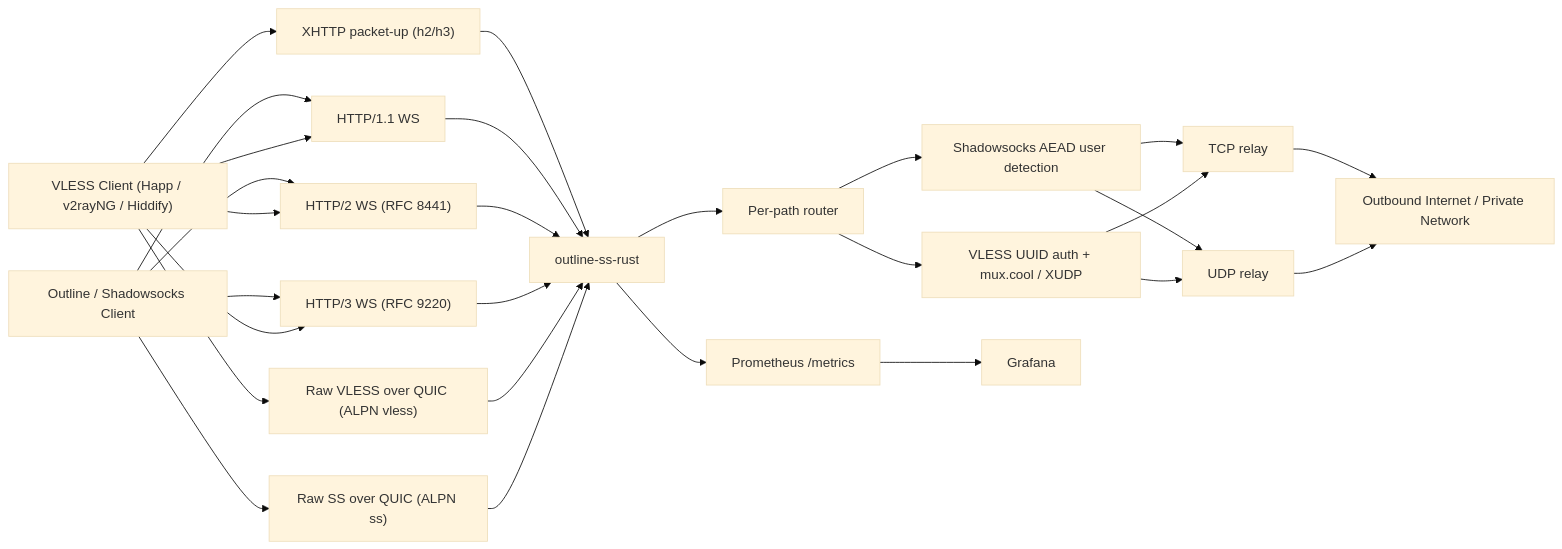
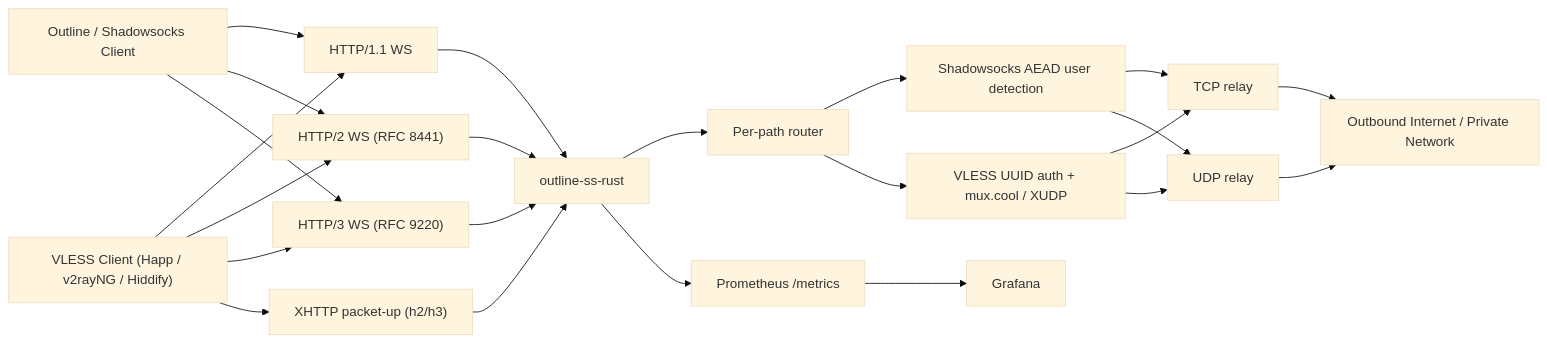
One commit to balookrd/outline-proxy changed the diagram in bins/outline-ss-rust/README.md. Above: the diagram before and after it, drawn with Mermaid (base theme). The commit also changed other lines of this file and 30 other files, not shown here.

First line of the commit message:
docs: remove raw-QUIC uplink and reverse-tunnel documentation

````diff
--- a/bins/outline-ss-rust/README.md
+++ b/bins/outline-ss-rust/README.md
@@ -75,35 +72,31 @@
 ```mermaid
 flowchart LR
     SS["Outline / Shadowsocks Client"] --> H1["HTTP/1.1 WS"]
     SS --> H2["HTTP/2 WS (RFC 8441)"]
     SS --> H3["HTTP/3 WS (RFC 9220)"]
-    SS --> SSQ["Raw SS over QUIC (ALPN ss)"]
 
     VL["VLESS Client (Happ / v2rayNG / Hiddify)"] --> H1
     VL --> H2
     VL --> H3
-    VL --> VLQ["Raw VLESS over QUIC (ALPN vless)"]
     VL --> XH["XHTTP packet-up (h2/h3)"]
     XH --> S
 
     H1 --> S["outline-ss-rust"]
     H2 --> S
     H3 --> S
-    VLQ --> S
-    SSQ --> S
 
     S --> ROUTER["Per-path router"]
     ROUTER --> SSAUTH["Shadowsocks AEAD user detection"]
     ROUTER --> VLAUTH["VLESS UUID auth + mux.cool / XUDP"]
 
     SSAUTH --> TCP["TCP relay"]
     SSAUTH --> UDP["UDP relay"]
     VLAUTH --> TCP
     VLAUTH --> UDP
 
     TCP --> NET["Outbound Internet / Private Network"]
     UDP --> NET
 
     S --> METRICS["Prometheus /metrics"]
     METRICS --> G["Grafana"]
 ```
````
